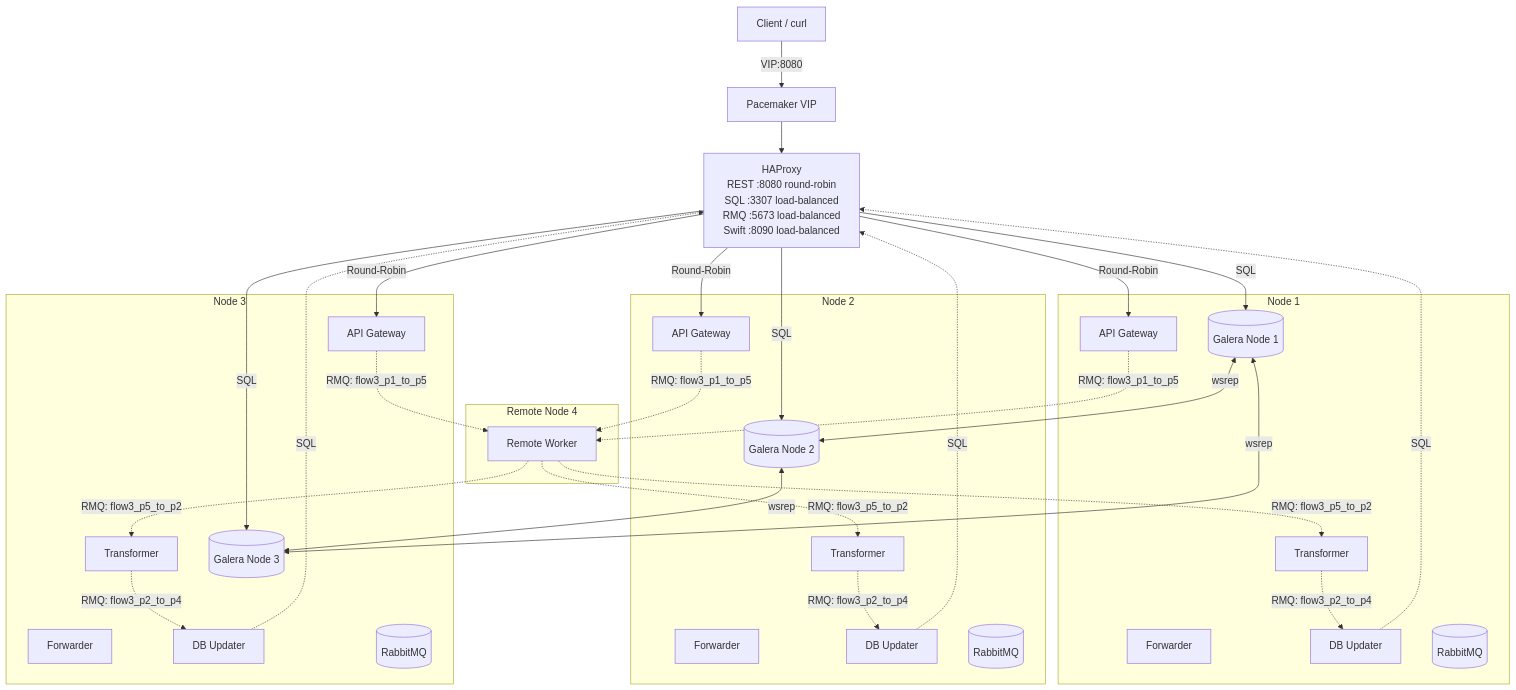
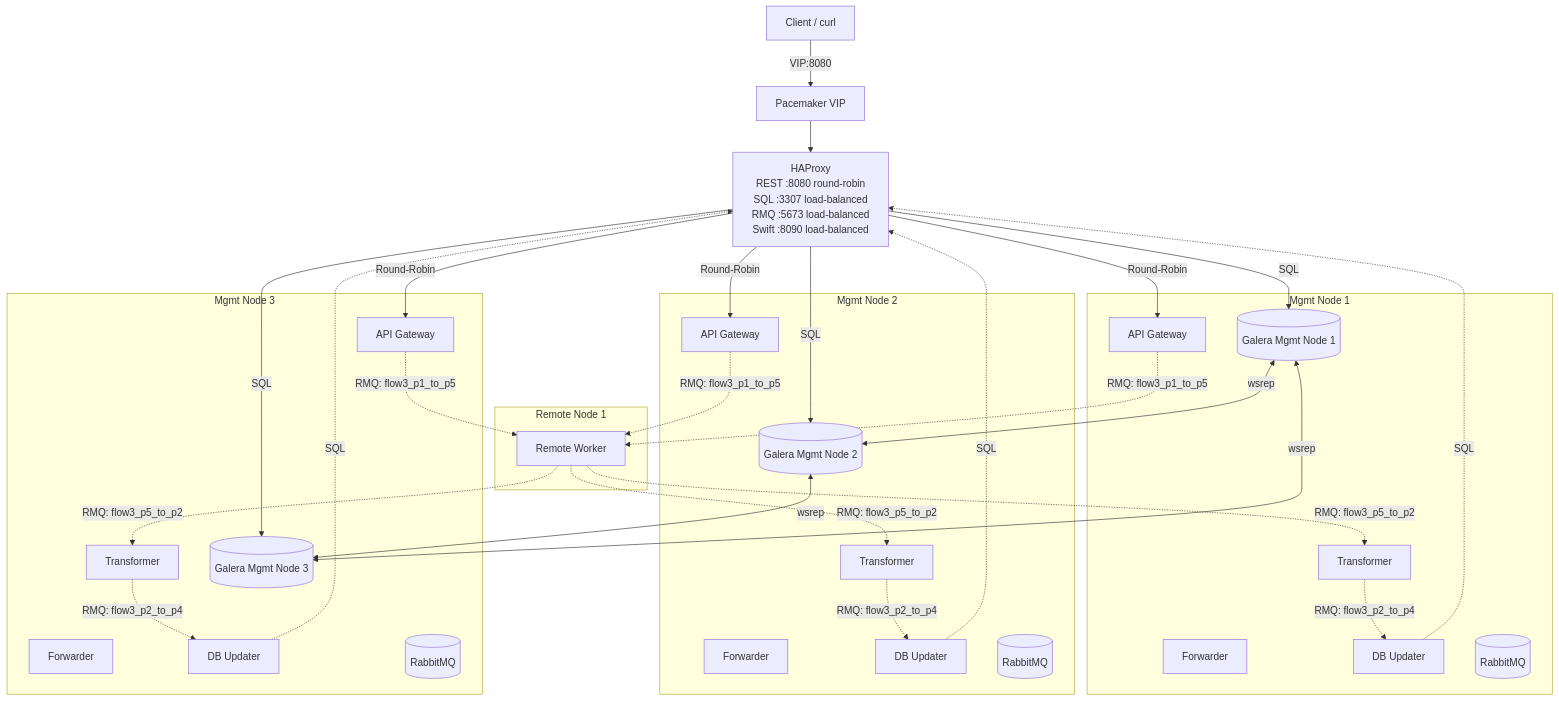
Before and after one commit to gitsridhar/FlowFirst: the first of 7 diagrams in docs/diagrams.md, drawn with Mermaid. The commit also changed other lines of this file and 61 other files, not shown here.

````diff
--- a/docs/diagrams.md
+++ b/docs/diagrams.md
@@ -14,64 +14,64 @@
 ```mermaid
 graph TD
     Client["Client / curl"] -->|"VIP:8080"| VIP["Pacemaker VIP"]
     VIP --> HAProxy["HAProxy\nREST :8080 round-robin\nSQL :3307 load-balanced\nRMQ :5673 load-balanced\nSwift :8090 load-balanced"]
 
-    subgraph Node1[Node 1]
+    subgraph Mgmtnode1[Mgmt Node 1]
         P1a["API Gateway"]
         P2a["Transformer"]
         P3a["Forwarder"]
         P4a["DB Updater"]
         RMQ1[("RabbitMQ")]
-        GAL1[("Galera Node 1")]
+        GAL1[("Galera Mgmt Node 1")]
     end
 
-    subgraph Node2[Node 2]
+    subgraph Mgmtnode2[Mgmt Node 2]
         P1b["API Gateway"]
         P2b["Transformer"]
         P3b["Forwarder"]
         P4b["DB Updater"]
         RMQ2[("RabbitMQ")]
-        GAL2[("Galera Node 2")]
+        GAL2[("Galera Mgmt Node 2")]
     end
 
-    subgraph Node3[Node 3]
+    subgraph Mgmtnode3[Mgmt Node 3]
         P1c["API Gateway"]
         P2c["Transformer"]
         P3c["Forwarder"]
         P4c["DB Updater"]
         RMQ3[("RabbitMQ")]
-        GAL3[("Galera Node 3")]
+        GAL3[("Galera Mgmt Node 3")]
     end
 
-    subgraph Node4[Remote Node 4]
+    subgraph Remotenode1[Remote Node 1]
         P5["Remote Worker"]
     end
 
     HAProxy -->|"Round-Robin"| P1a
     HAProxy -->|"Round-Robin"| P1b
     HAProxy -->|"Round-Robin"| P1c
 
     P1a -.->|"RMQ: flow3_p1_to_p5"| P5
     P1b -.->|"RMQ: flow3_p1_to_p5"| P5
     P1c -.->|"RMQ: flow3_p1_to_p5"| P5
 
     P5 -.->|"RMQ: flow3_p5_to_p2"| P2a
     P5 -.->|"RMQ: flow3_p5_to_p2"| P2b
     P5 -.->|"RMQ: flow3_p5_to_p2"| P2c
 
     P2a -.->|"RMQ: flow3_p2_to_p4"| P4a
     P2b -.->|"RMQ: flow3_p2_to_p4"| P4b
     P2c -.->|"RMQ: flow3_p2_to_p4"| P4c
 
     P4a -.->|"SQL"| HAProxy
     P4b -.->|"SQL"| HAProxy
     P4c -.->|"SQL"| HAProxy
 
     HAProxy -->|"SQL"| GAL1
     HAProxy -->|"SQL"| GAL2
     HAProxy -->|"SQL"| GAL3
 
     GAL1 <-->|"wsrep"| GAL2
     GAL2 <-->|"wsrep"| GAL3
     GAL1 <-->|"wsrep"| GAL3
 ```
````
